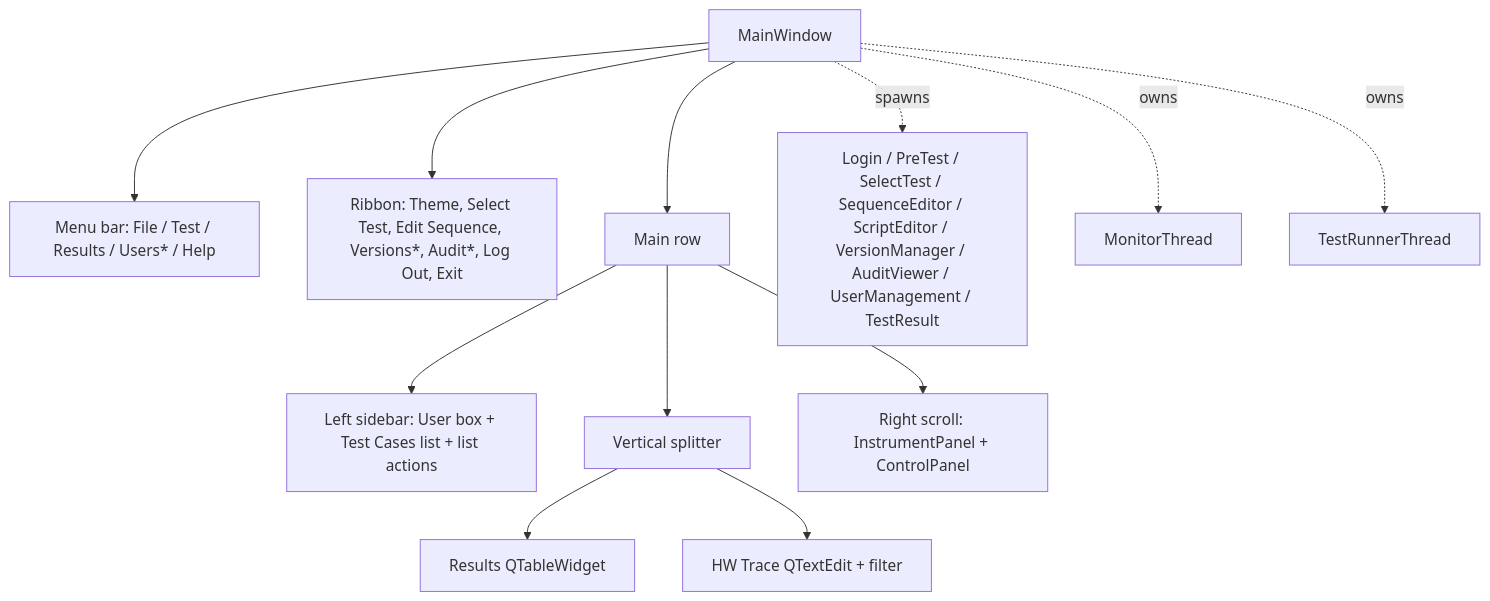
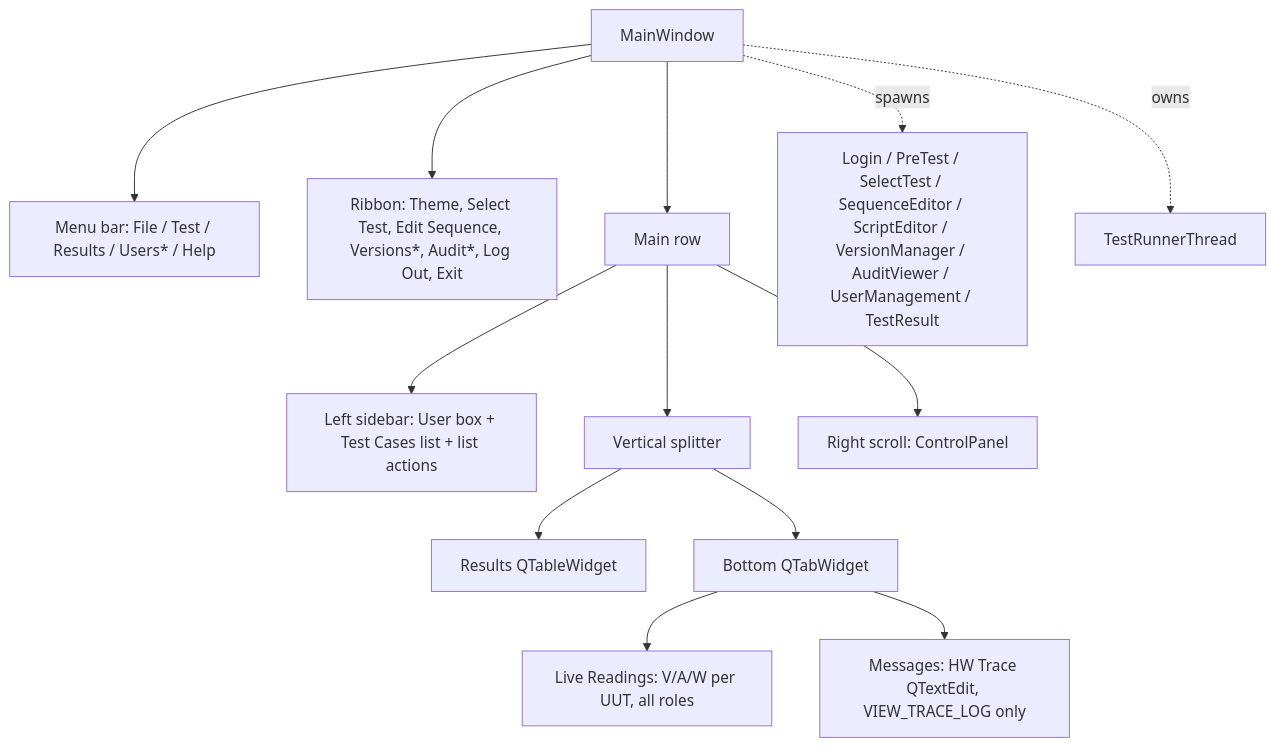
One commit to yitzchakdfx-debug/NewBiosend changed the third of 4 diagrams in DOC/ARCHITECTURE_DEEP_DIVE.md. Above: the diagram before and after it, drawn with Mermaid. The commit also changed other lines of this file and 15 other files, not shown here.

First line of the commit message:
Show live V/A/W per supply, one column each, and drop the idle slot-1 panel

````diff
--- a/DOC/ARCHITECTURE_DEEP_DIVE.md
+++ b/DOC/ARCHITECTURE_DEEP_DIVE.md
@@ -301,14 +298,15 @@
 ```mermaid
 flowchart TB
     Main[MainWindow] --> Menu[Menu bar: File / Test / Results / Users* / Help]
     Main --> Ribbon[Ribbon: Theme, Select Test, Edit Sequence, Versions*, Audit*, Log Out, Exit]
     Main --> Row[Main row]
     Row --> Left[Left sidebar: User box + Test Cases list + list actions]
     Row --> Center[Vertical splitter]
     Center --> Table[Results QTableWidget]
-    Center --> Trace[HW Trace QTextEdit + filter]
-    Row --> Right[Right scroll: InstrumentPanel + ControlPanel]
+    Center --> Bottom[Bottom QTabWidget]
+    Bottom --> Live[Live Readings: V/A/W per UUT, all roles]
+    Bottom --> Trace[Messages: HW Trace QTextEdit, VIEW_TRACE_LOG only]
+    Row --> Right[Right scroll: ControlPanel]
     Main -. spawns .-> Dialogs[Login / PreTest / SelectTest / SequenceEditor / ScriptEditor / VersionManager / AuditViewer / UserManagement / TestResult]
-    Main -. owns .-> Monitor[MonitorThread]
     Main -. owns .-> Runner[TestRunnerThread]
 ```
````
